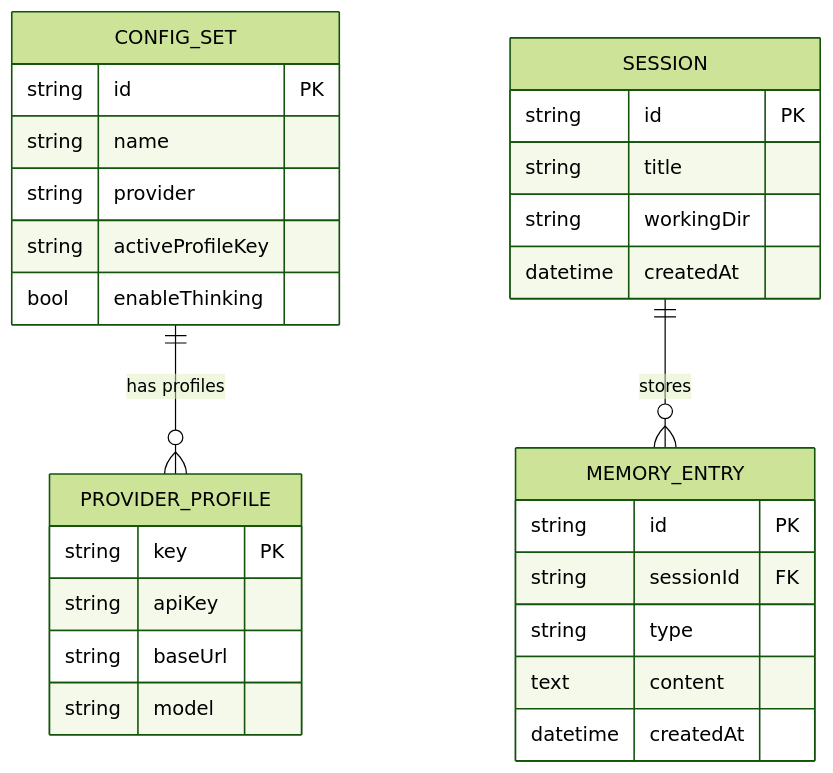
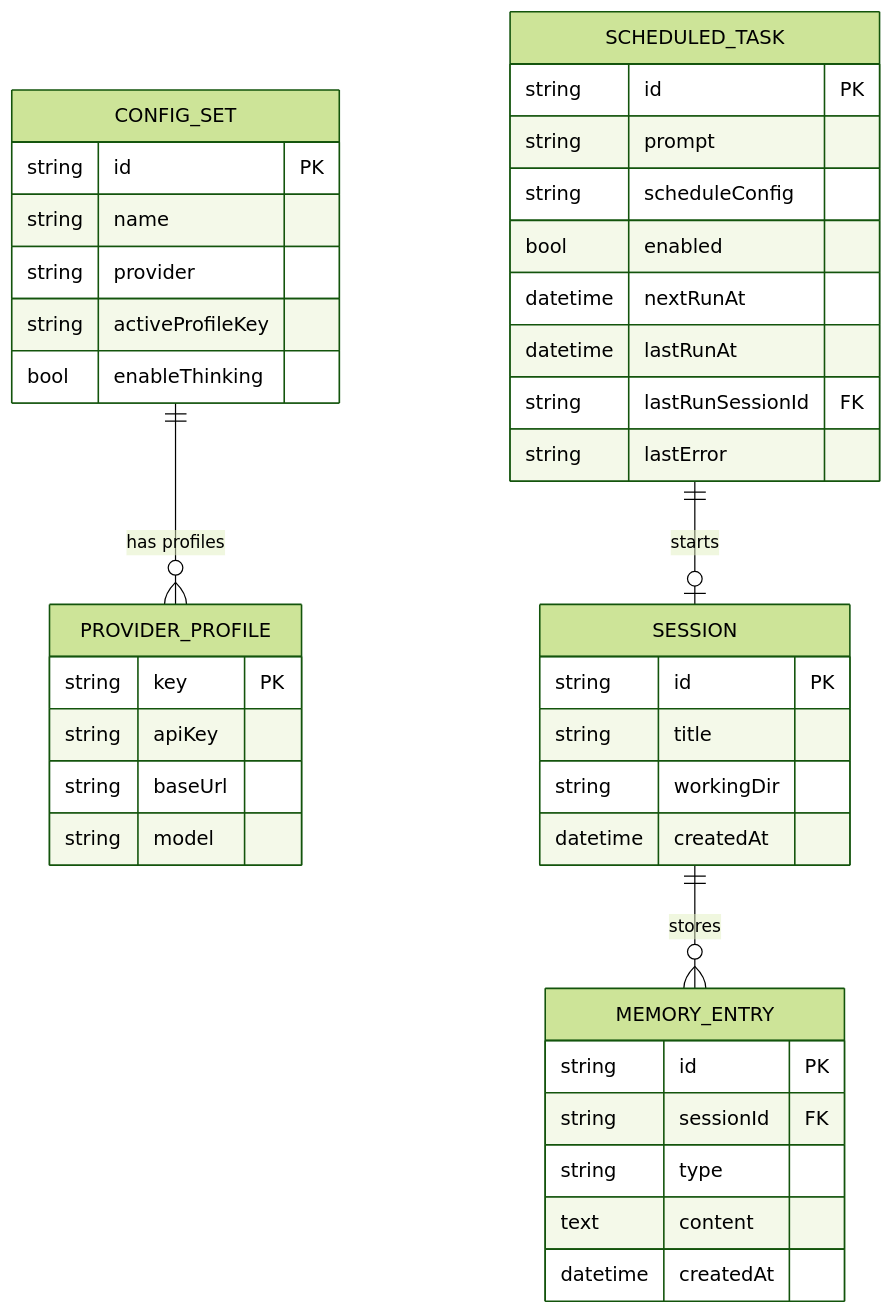
The tenth of 10 diagrams in Architecture.md (dineshsrivastava07-cell/dsr-CoworkAI), drawn with Mermaid (forest theme) before and after one commit. The commit also changed other lines of this file and 3 other files, not shown here.

````diff
--- a/Architecture.md
+++ b/Architecture.md
@@ -211,31 +286,42 @@
 ```mermaid
 erDiagram
     CONFIG_SET {
         string id PK
         string name
         string provider
         string activeProfileKey
         bool enableThinking
     }
     PROVIDER_PROFILE {
         string key PK
         string apiKey
         string baseUrl
         string model
     }
     SESSION {
         string id PK
         string title
         string workingDir
         datetime createdAt
     }
     MEMORY_ENTRY {
         string id PK
         string sessionId FK
         string type
         text content
         datetime createdAt
     }
+    SCHEDULED_TASK {
+        string id PK
+        string prompt
+        string scheduleConfig
+        bool enabled
+        datetime nextRunAt
+        datetime lastRunAt
+        string lastRunSessionId FK
+        string lastError
+    }
     CONFIG_SET ||--o{ PROVIDER_PROFILE : "has profiles"
     SESSION ||--o{ MEMORY_ENTRY : "stores"
+    SCHEDULED_TASK ||--o| SESSION : "starts"
 ```
````
